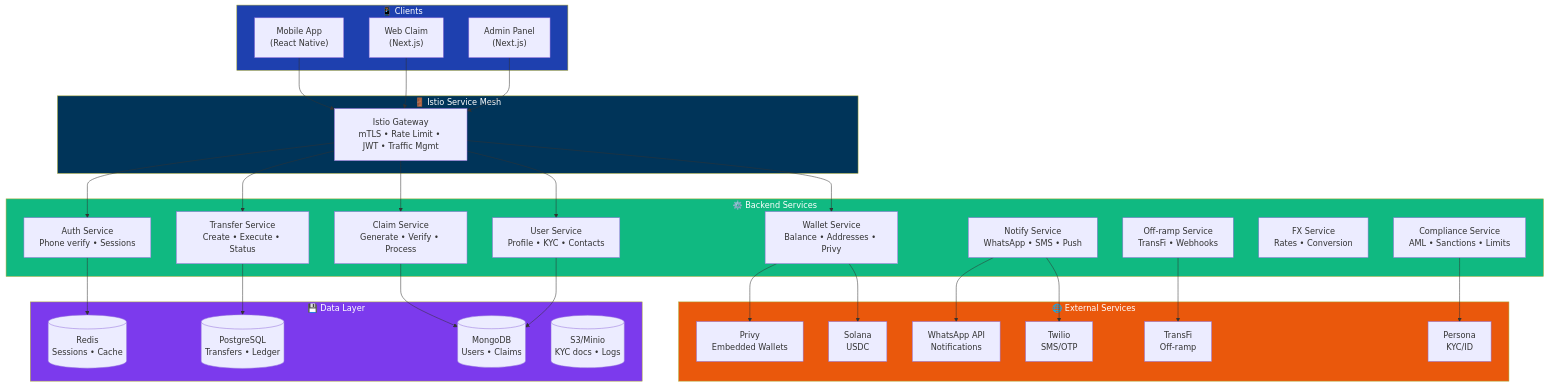
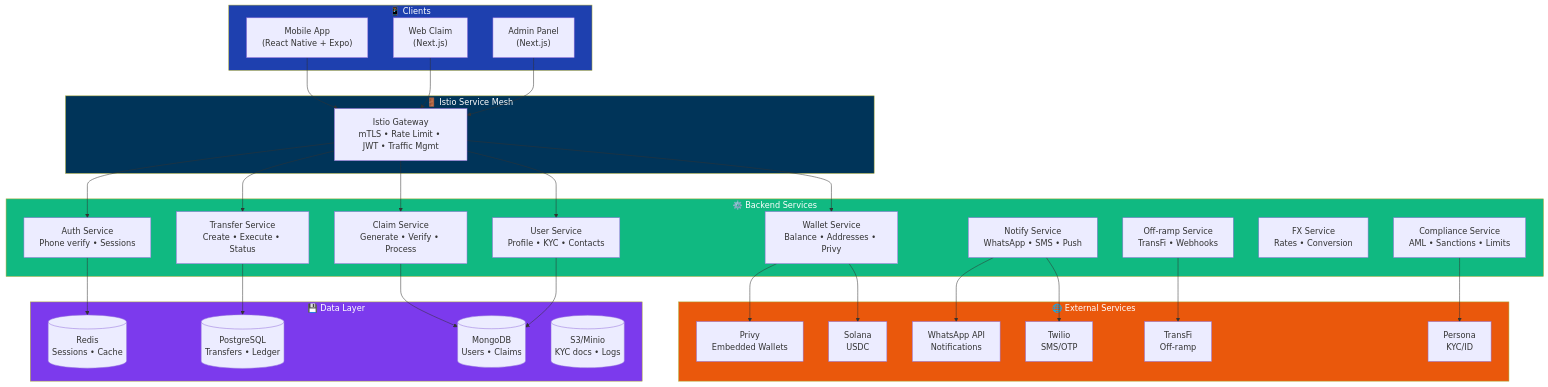
Before and after one commit to ping-cash/ping-cash: the first of 27 diagrams in docs/ARCHITECTURE.md, drawn with Mermaid. The commit also changed other lines of this file and 35 other files, not shown here.

````diff
--- a/docs/ARCHITECTURE.md
+++ b/docs/ARCHITECTURE.md
@@ -14,67 +39,62 @@
 ```mermaid
 flowchart TB
     subgraph Clients["📱 Clients"]
-        Mobile["Mobile App<br/>(React Native)"]
+        Mobile["Mobile App<br/>(React Native + Expo)"]
         Web["Web Claim<br/>(Next.js)"]
         Admin["Admin Panel<br/>(Next.js)"]
     end
 
     subgraph Gateway["🚪 Istio Service Mesh"]
         Istio["Istio Gateway<br/>mTLS • Rate Limit • JWT • Traffic Mgmt"]
     end
 
     subgraph Services["⚙️ Backend Services"]
         Auth["Auth Service<br/>Phone verify • Sessions"]
         Transfer["Transfer Service<br/>Create • Execute • Status"]
         Claim["Claim Service<br/>Generate • Verify • Process"]
         User["User Service<br/>Profile • KYC • Contacts"]
         Wallet["Wallet Service<br/>Balance • Addresses • Privy"]
         Notify["Notify Service<br/>WhatsApp • SMS • Push"]
         Offramp["Off-ramp Service<br/>TransFi • Webhooks"]
         FX["FX Service<br/>Rates • Conversion"]
         Compliance["Compliance Service<br/>AML • Sanctions • Limits"]
     end
 
     subgraph Data["💾 Data Layer"]
         PG[(PostgreSQL<br/>Transfers • Ledger)]
         Mongo[(MongoDB<br/>Users • Claims)]
         Redis[(Redis<br/>Sessions • Cache)]
         S3[(S3/Minio<br/>KYC docs • Logs)]
     end
 
     subgraph External["🌐 External Services"]
         Privy["Privy<br/>Embedded Wallets"]
         TransFi["TransFi<br/>Off-ramp"]
         Twilio["Twilio<br/>SMS/OTP"]
         WhatsApp["WhatsApp API<br/>Notifications"]
         Solana["Solana<br/>USDC"]
         Persona["Persona<br/>KYC/ID"]
     end
 
     Mobile --> Istio
     Web --> Istio
     Admin --> Istio
 
-    Istio --> Auth
-    Istio --> Transfer
-    Istio --> Claim
-    Istio --> User
-    Istio --> Wallet
+    Istio --> Auth & Transfer & Claim & User & Wallet
 
     Auth --> Redis
     User --> Mongo
     Transfer --> PG
     Wallet --> Privy
     Wallet --> Solana
     Claim --> Mongo
     Offramp --> TransFi
-    Notify --> WhatsApp
-    Notify --> Twilio
+    Notify --> WhatsApp & Twilio
     Compliance --> Persona
 
     style Gateway fill:#003459,color:#fff
     style Clients fill:#1e40af,color:#fff
     style Services fill:#10b981,color:#fff
     style Data fill:#7c3aed,color:#fff
     style External fill:#ea580c,color:#fff
 ```
````
